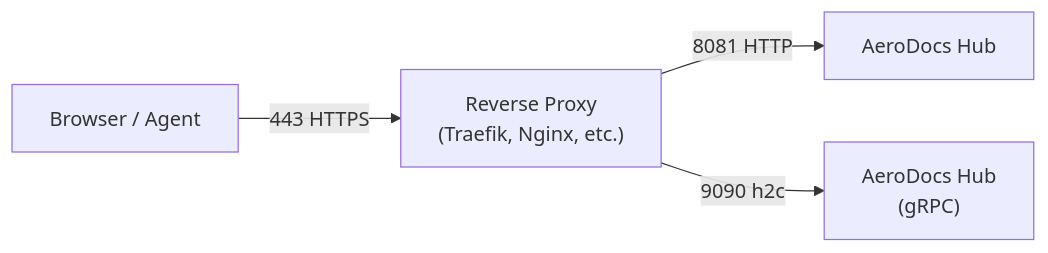
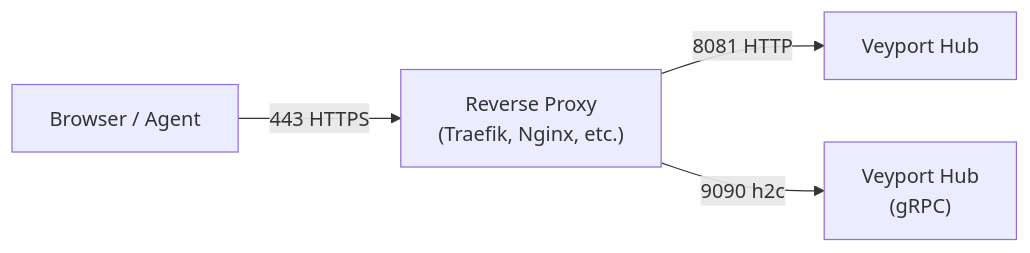
Before and after one commit to lorconksu/aerodocs: the diagram in docs/wiki/Deployment-On-Prem.md, drawn with Mermaid. The commit also changed other lines of this file and 237 other files, not shown here.

````diff
--- a/docs/wiki/Deployment-On-Prem.md
+++ b/docs/wiki/Deployment-On-Prem.md
@@ -199,6 +199,6 @@
 ```mermaid
 flowchart LR
     Client["Browser / Agent"] -->|443 HTTPS| Proxy["Reverse Proxy<br/>(Traefik, Nginx, etc.)"]
-    Proxy -->|8081 HTTP| Hub["AeroDocs Hub"]
-    Proxy -->|9090 h2c| HubGRPC["AeroDocs Hub<br/>(gRPC)"]
+    Proxy -->|8081 HTTP| Hub["Veyport Hub"]
+    Proxy -->|9090 h2c| HubGRPC["Veyport Hub<br/>(gRPC)"]
 ```
````
